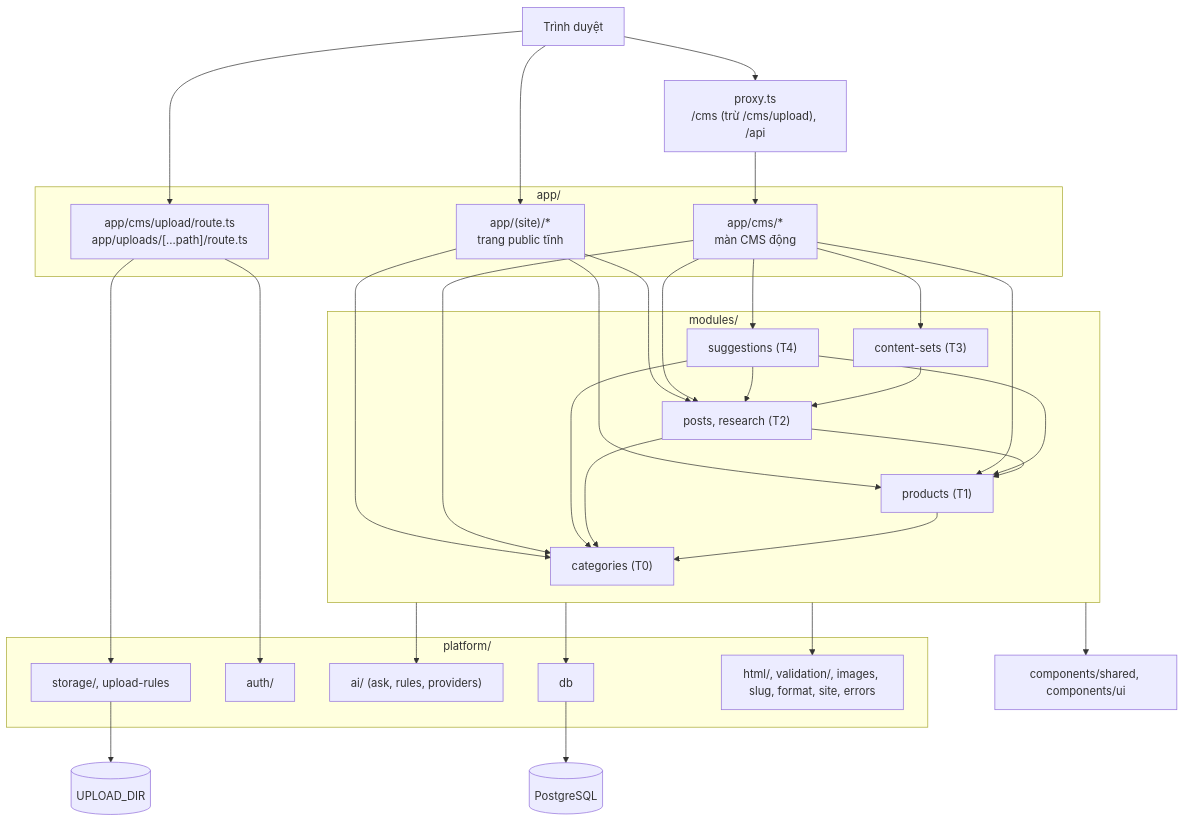
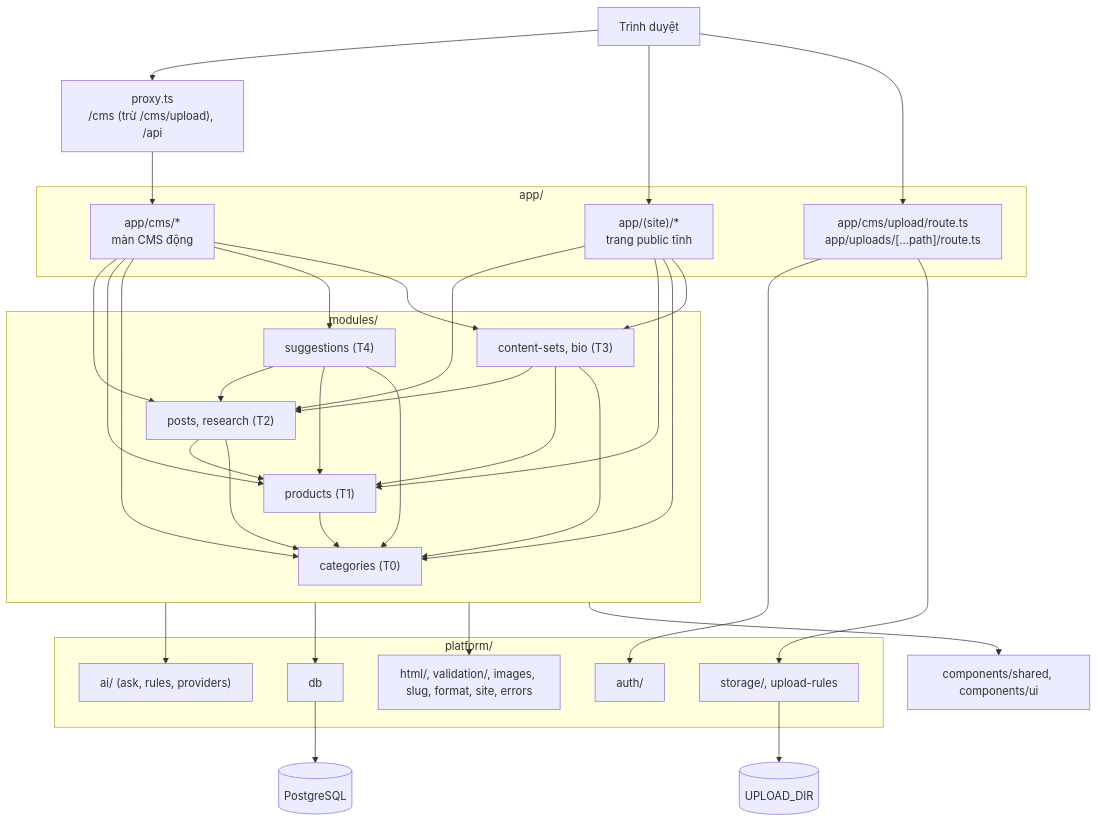
Before and after one commit to lqvinh1205/affiliate-project: the diagram in docs/kien-truc-codebase.md, drawn with Mermaid. The commit also changed other lines of this file and 39 other files, not shown here.

````diff
--- a/docs/kien-truc-codebase.md
+++ b/docs/kien-truc-codebase.md
@@ -24,53 +24,56 @@
 ```mermaid
 flowchart TD
   U["Trình duyệt"] --> P["proxy.ts<br/>/cms (trừ /cms/upload), /api"]
   subgraph Routes["app/"]
     S["app/(site)/*<br/>trang public tĩnh"]
     C["app/cms/*<br/>màn CMS động"]
     UP["app/cms/upload/route.ts<br/>app/uploads/[...path]/route.ts"]
   end
   subgraph Modules["modules/"]
     MC["categories (T0)"]
     MPR["products (T1)"]
     MPO["posts, research (T2)"]
-    MCS["content-sets (T3)"]
+    MCS["content-sets, bio (T3)"]
     MSU["suggestions (T4)"]
   end
   subgraph Platform["platform/"]
     PD["db"]
     PA["auth/"]
     PAI["ai/ (ask, rules, providers)"]
     PS["storage/, upload-rules"]
     PO["html/, validation/, images, slug, format, site, errors"]
   end
   SH["components/shared, components/ui"]
   DB[("PostgreSQL")]
   DISK[("UPLOAD_DIR")]
 
   U --> S
   U --> UP
   P --> C
   S --> MPO
   S --> MPR
   S --> MC
   C --> MPO
   C --> MPR
   C --> MC
   C --> MSU
   C --> MCS
   MSU --> MPO
   MSU --> MPR
   MSU --> MC
   MCS --> MPO
+  MCS --> MPR
+  MCS --> MC
+  S --> MCS
   Modules --> PAI
   MPO --> MPR
   MPO --> MC
   MPR --> MC
   Modules --> PD
   Modules --> PO
   Modules --> SH
   UP --> PA
   UP --> PS
   PS --> DISK
   PD --> DB
 ```
````
